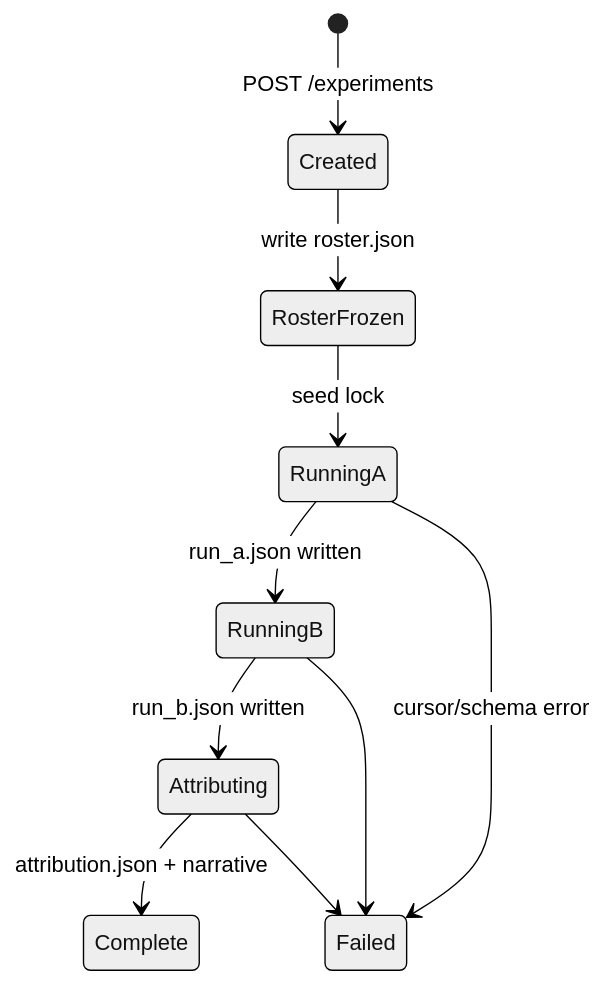
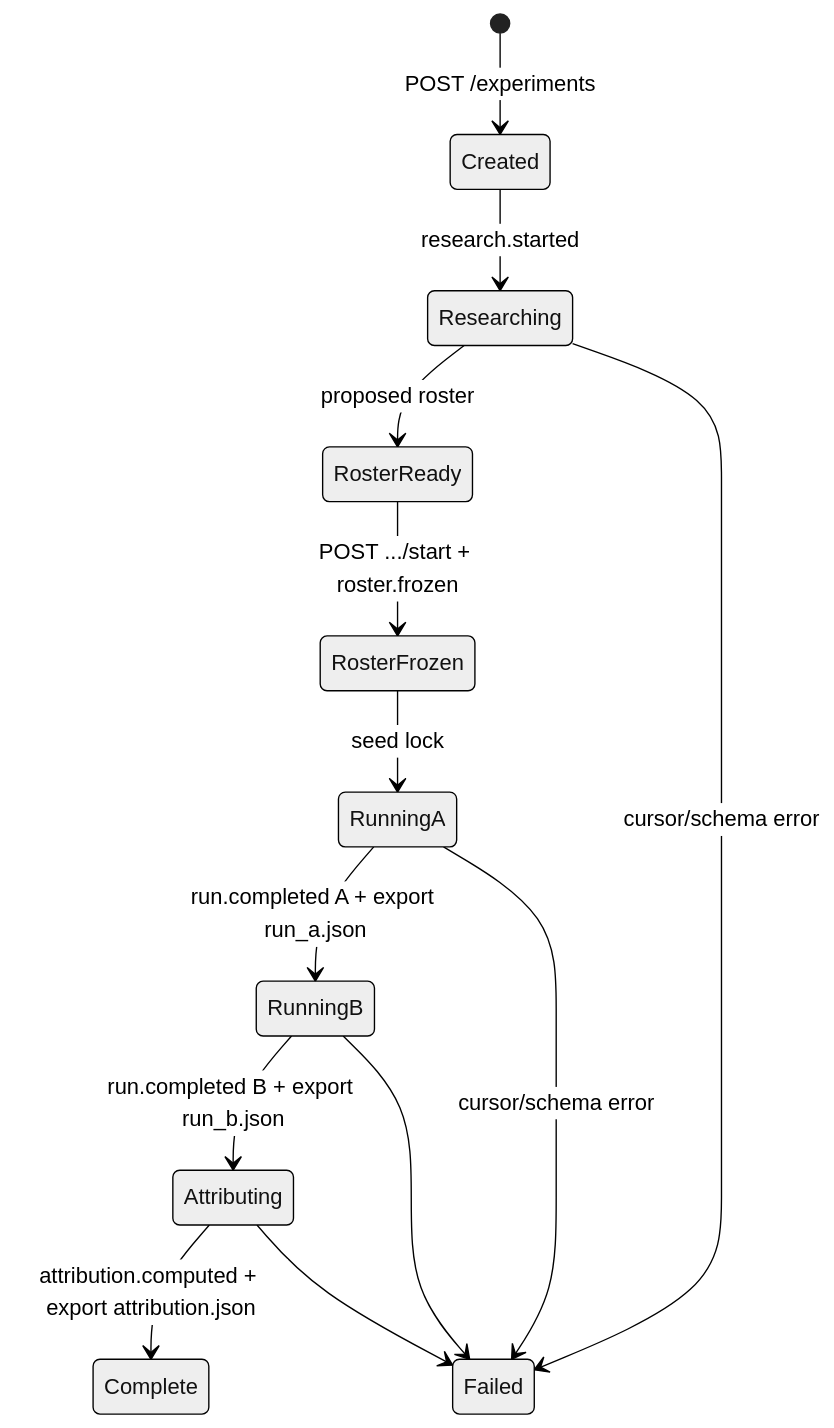
One commit to manu042k/CursorHackathon changed the fourth of 6 diagrams in architecture.md. Above: the diagram before and after it, drawn with Mermaid (neutral theme). The commit also changed other lines of this file and 7 other files, not shown here.

Commit message:
Lock the owner flow in docs: research, confirm roster, tunable rounds, and paper figures.

````diff
--- a/architecture.md
+++ b/architecture.md
@@ -378,12 +512,15 @@
 ```mermaid
 stateDiagram-v2
   [*] --> Created: POST /experiments
-  Created --> RosterFrozen: write roster.json
+  Created --> Researching: research.started
+  Researching --> RosterReady: proposed roster
+  RosterReady --> RosterFrozen: POST .../start + roster.frozen
   RosterFrozen --> RunningA: seed lock
-  RunningA --> RunningB: run_a.json written
-  RunningB --> Attributing: run_b.json written
-  Attributing --> Complete: attribution.json + narrative
+  RunningA --> RunningB: run.completed A + export run_a.json
+  RunningB --> Attributing: run.completed B + export run_b.json
+  Attributing --> Complete: attribution.computed + export attribution.json
+  Researching --> Failed: cursor/schema error
   RunningA --> Failed: cursor/schema error
   RunningB --> Failed
   Attributing --> Failed
 ```
````
